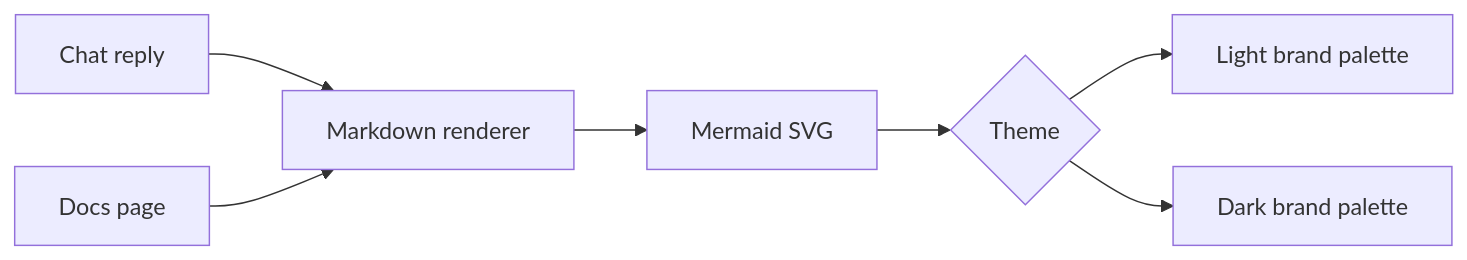
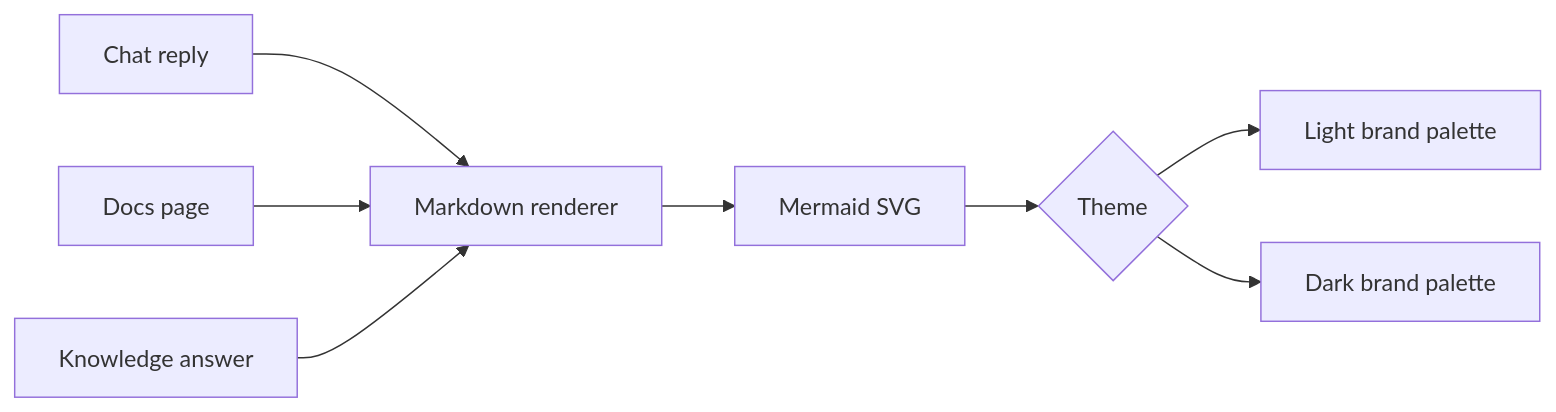
One commit to AndrewNeudegg/lab changed the diagram in docs/dashboard.md. Above: the diagram before and after it, drawn with Mermaid. The commit also changed other lines of this file and 24 other files, not shown here.

````diff
--- a/docs/dashboard.md
+++ b/docs/dashboard.md
@@ -76,9 +76,10 @@
 ```mermaid
 flowchart LR
   Chat[Chat reply] --> Markdown[Markdown renderer]
   Docs[Docs page] --> Markdown
+  Knowledge[Knowledge answer] --> Markdown
   Markdown --> Mermaid[Mermaid SVG]
   Mermaid --> Theme{Theme}
   Theme --> Light[Light brand palette]
   Theme --> Dark[Dark brand palette]
 ```
````
